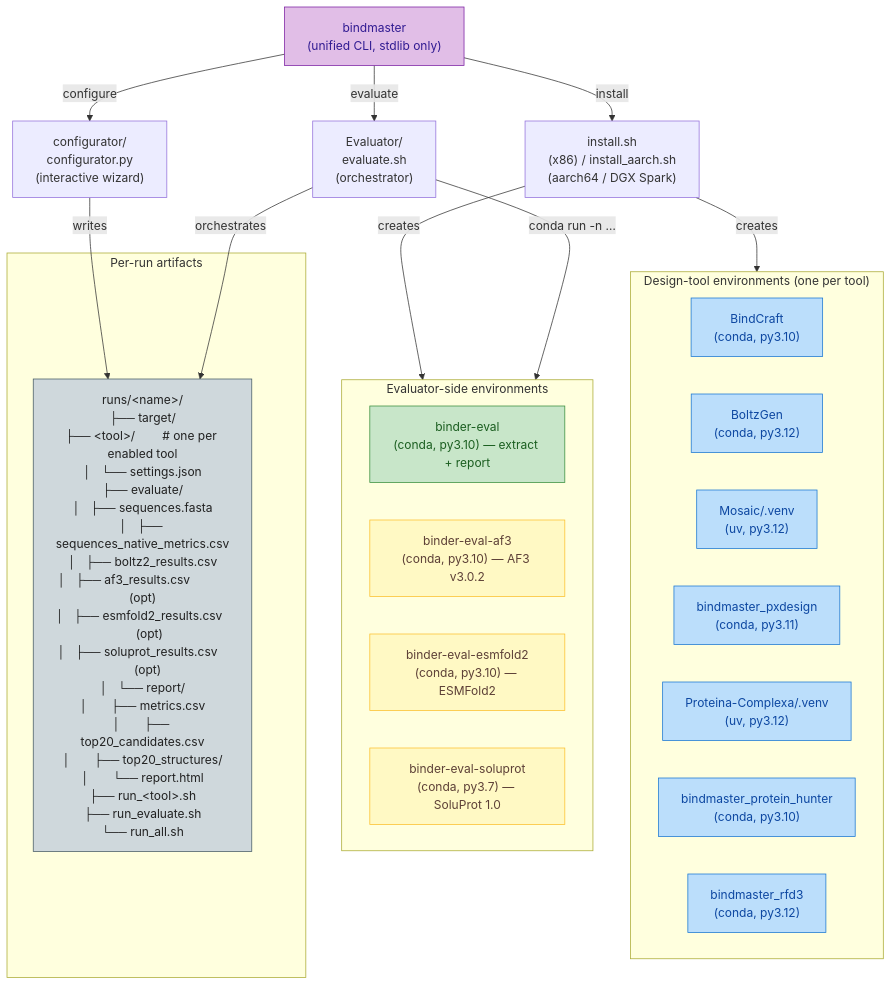
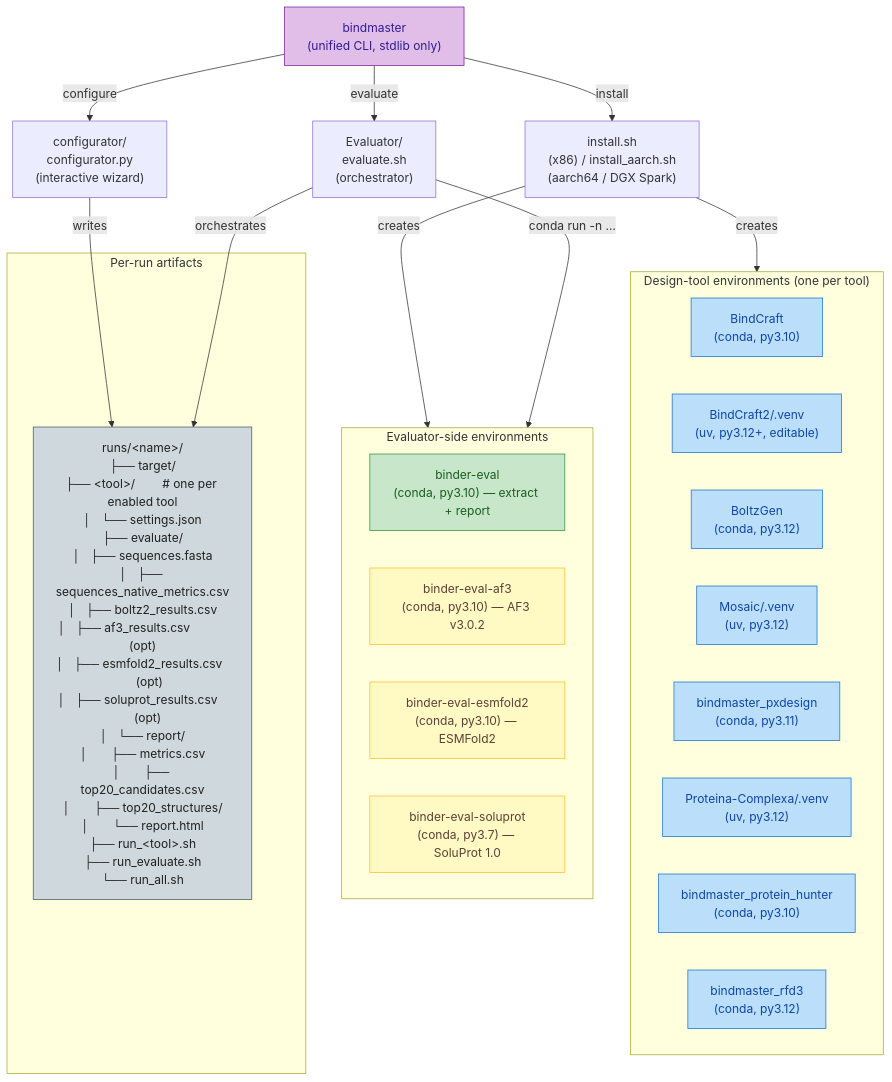
One commit to damborik22/BinderScout changed the second of 2 diagrams in README.md. Above: the diagram before and after it, drawn with Mermaid. The commit also changed other lines of this file and 12 other files, not shown here.

First line of the commit message:
Document BindCraft 2 as the eighth tool

````diff
--- a/README.md
+++ b/README.md
@@ -95,41 +117,42 @@
 ```mermaid
 flowchart TB
     classDef gen fill:#bbdefb,stroke:#1976d2,color:#0d47a1
     classDef eng fill:#c8e6c9,stroke:#388e3c,color:#1b5e20
     classDef opt fill:#fff9c4,stroke:#fbc02d,color:#5d4037
     classDef cli fill:#e1bee7,stroke:#7b1fa2,color:#311b92
     classDef arti fill:#cfd8dc,stroke:#455a64,color:#212121
 
     CLI["bindmaster\n(unified CLI, stdlib only)"]:::cli
 
     CLI -->|install| InstallSh["install.sh\n(x86) / install_aarch.sh\n(aarch64 / DGX Spark)"]
     CLI -->|configure| Configurator["configurator/\nconfigurator.py\n(interactive wizard)"]
     CLI -->|evaluate| EvaluateSh["Evaluator/\nevaluate.sh\n(orchestrator)"]
 
     subgraph GenEnvs["Design-tool environments (one per tool)"]
         EnvBC["BindCraft<br/>(conda, py3.10)"]:::gen
+        EnvBC2["BindCraft2/.venv<br/>(uv, py3.12+, editable)"]:::gen
         EnvBG["BoltzGen<br/>(conda, py3.12)"]:::gen
         EnvMo["Mosaic/.venv<br/>(uv, py3.12)"]:::gen
         EnvPX["bindmaster_pxdesign<br/>(conda, py3.11)"]:::gen
         EnvPC["Proteina-Complexa/.venv<br/>(uv, py3.12)"]:::gen
         EnvPH["bindmaster_protein_hunter<br/>(conda, py3.10)"]:::gen
         EnvRF["bindmaster_rfd3<br/>(conda, py3.12)"]:::gen
     end
 
     subgraph EvalEnvs["Evaluator-side environments"]
         EnvEv["binder-eval<br/>(conda, py3.10) — extract + report"]:::eng
         EnvAF3["binder-eval-af3<br/>(conda, py3.10) — AF3 v3.0.2"]:::opt
         EnvESM["binder-eval-esmfold2<br/>(conda, py3.10) — ESMFold2"]:::opt
         EnvSP["binder-eval-soluprot<br/>(conda, py3.7) — SoluProt 1.0"]:::opt
     end
 
     subgraph Artifacts["Per-run artifacts"]
         Runs["runs/&lt;name&gt;/\n├── target/\n├── &lt;tool&gt;/        # one per enabled tool\n│   └── settings.json\n├── evaluate/\n│   ├── sequences.fasta\n│   ├── sequences_native_metrics.csv\n│   ├── boltz2_results.csv\n│   ├── af3_results.csv           (opt)\n│   ├── esmfold2_results.csv      (opt)\n│   ├── soluprot_results.csv      (opt)\n│   └── report/\n│       ├── metrics.csv\n│       ├── top20_candidates.csv\n│       ├── top20_structures/\n│       └── report.html\n├── run_&lt;tool&gt;.sh\n├── run_evaluate.sh\n└── run_all.sh"]:::arti
     end
 
     InstallSh -->|creates| GenEnvs
     InstallSh -->|creates| EvalEnvs
     Configurator -->|writes| Runs
     EvaluateSh -->|orchestrates| Runs
     EvaluateSh -->|conda run -n …| EvalEnvs
 ```
````
